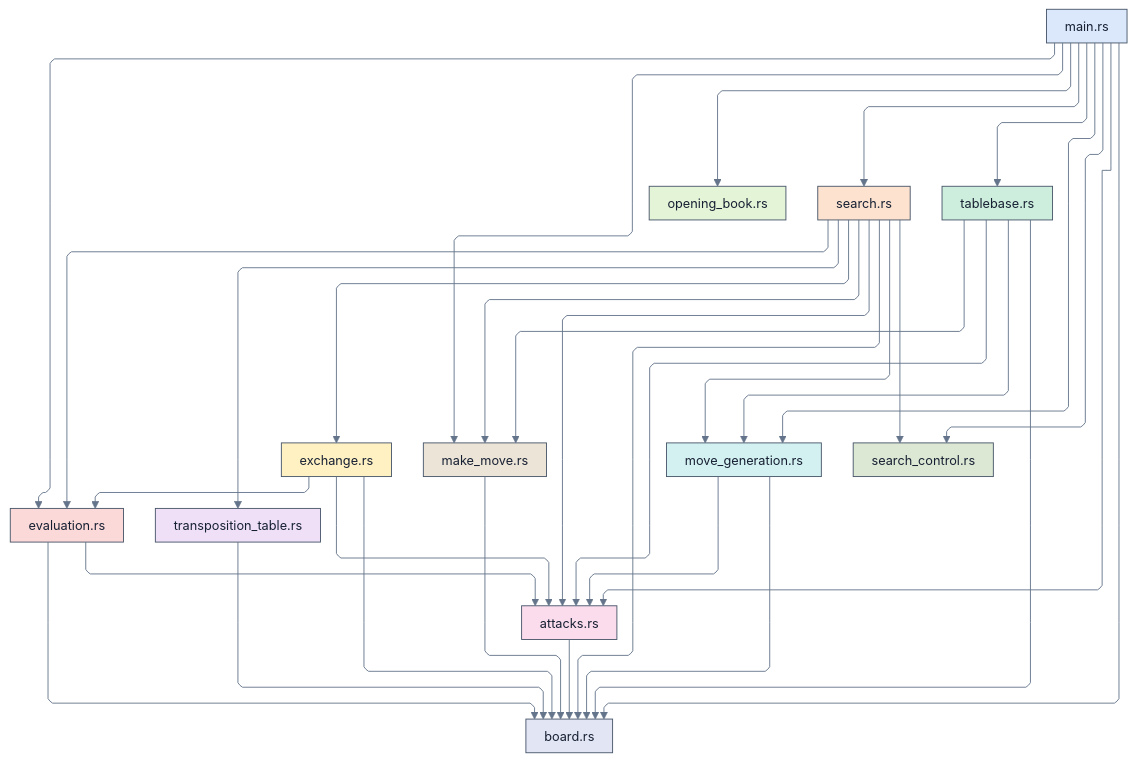
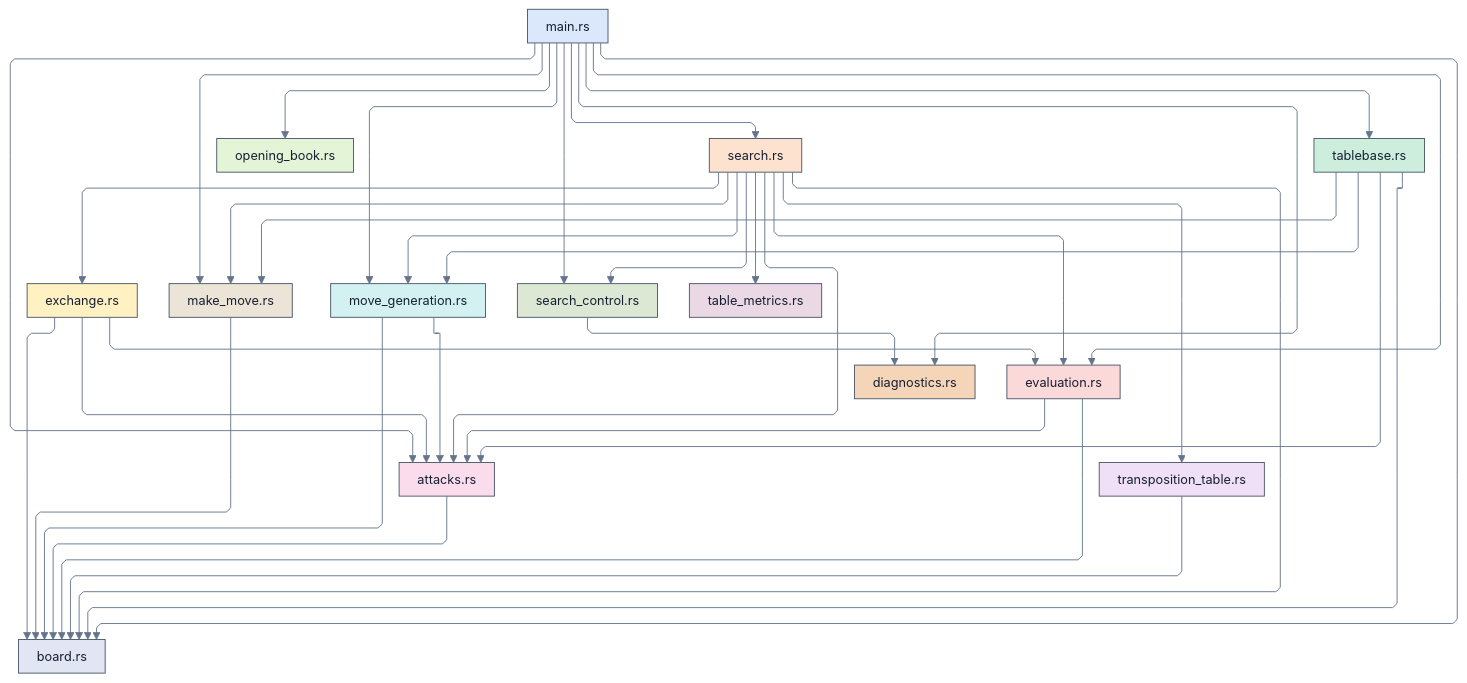
The diagram in docs/engines/Remus5-Rust/mermaid/modules.mmd (dbiersach/remus), drawn with Mermaid before and after one commit. The commit also changed 34 other files, not shown here.

```diff
--- a/docs/engines/Remus5-Rust/mermaid/modules.mmd
+++ b/docs/engines/Remus5-Rust/mermaid/modules.mmd
@@ -1,86 +1,95 @@
 ---
 config:
   layout: elk
   theme: base
   htmlLabels: false
   themeVariables:
     fontFamily: Arial
     fontSize: 14px
     lineColor: '#64748b'
     primaryTextColor: '#172033'
   flowchart:
     htmlLabels: false
     curve: linear
     wrappingWidth: 320
     nodeSpacing: 24
     rankSpacing: 45
     padding: 10
 ---
 flowchart TB
     attacks["attacks.rs"]
     board["board.rs"]
+    diagnostics["diagnostics.rs"]
     evaluation["evaluation.rs"]
     exchange["exchange.rs"]
     main["main.rs"]
     make_move["make_move.rs"]
     move_generation["move_generation.rs"]
     opening_book["opening_book.rs"]
     search["search.rs"]
     search_control["search_control.rs"]
+    table_metrics["table_metrics.rs"]
     tablebase["tablebase.rs"]
     transposition_table["transposition_table.rs"]
     attacks --> board
     evaluation --> attacks
     evaluation --> board
     exchange --> attacks
     exchange --> board
     exchange --> evaluation
     main --> attacks
     main --> board
+    main --> diagnostics
     main --> evaluation
     main --> make_move
     main --> move_generation
     main --> opening_book
     main --> search
     main --> search_control
     main --> tablebase
     make_move --> board
     move_generation --> attacks
     move_generation --> board
     search --> attacks
     search --> board
     search --> evaluation
     search --> exchange
     search --> make_move
     search --> move_generation
     search --> search_control
+    search --> table_metrics
     search --> transposition_table
+    search_control --> diagnostics
     tablebase --> attacks
     tablebase --> board
     tablebase --> make_move
     tablebase --> move_generation
     transposition_table --> board
     class attacks module_attacks;
     class board module_board;
+    class diagnostics module_diagnostics;
     class evaluation module_evaluation;
     class exchange module_exchange;
     class main module_uci;
     class make_move module_make_move;
     class move_generation module_move_generation;
     class opening_book module_opening_book;
     class search module_search;
     class search_control module_search_control;
+    class table_metrics module_table_metrics;
     class tablebase module_tablebase;
     class transposition_table module_transposition_table;
     classDef module_attacks fill:#fadcec,stroke:#475569,stroke-width:1px,color:#172033;
     classDef module_board fill:#e2e5f3,stroke:#475569,stroke-width:1px,color:#172033;
+    classDef module_diagnostics fill:#f5d5b8,stroke:#475569,stroke-width:1px,color:#172033;
     classDef module_evaluation fill:#fbd9d9,stroke:#475569,stroke-width:1px,color:#172033;
     classDef module_exchange fill:#fff1c2,stroke:#475569,stroke-width:1px,color:#172033;
     classDef module_make_move fill:#ece4d6,stroke:#475569,stroke-width:1px,color:#172033;
     classDef module_move_generation fill:#d4f1f1,stroke:#475569,stroke-width:1px,color:#172033;
     classDef module_opening_book fill:#e3f4d7,stroke:#475569,stroke-width:1px,color:#172033;
     classDef module_search fill:#fde2cf,stroke:#475569,stroke-width:1px,color:#172033;
     classDef module_search_control fill:#dce8d4,stroke:#475569,stroke-width:1px,color:#172033;
+    classDef module_table_metrics fill:#ead8e5,stroke:#475569,stroke-width:1px,color:#172033;
     classDef module_tablebase fill:#cdeedc,stroke:#475569,stroke-width:1px,color:#172033;
     classDef module_transposition_table fill:#efe0f7,stroke:#475569,stroke-width:1px,color:#172033;
     classDef module_uci fill:#dbe8fb,stroke:#475569,stroke-width:1px,color:#172033;
```
